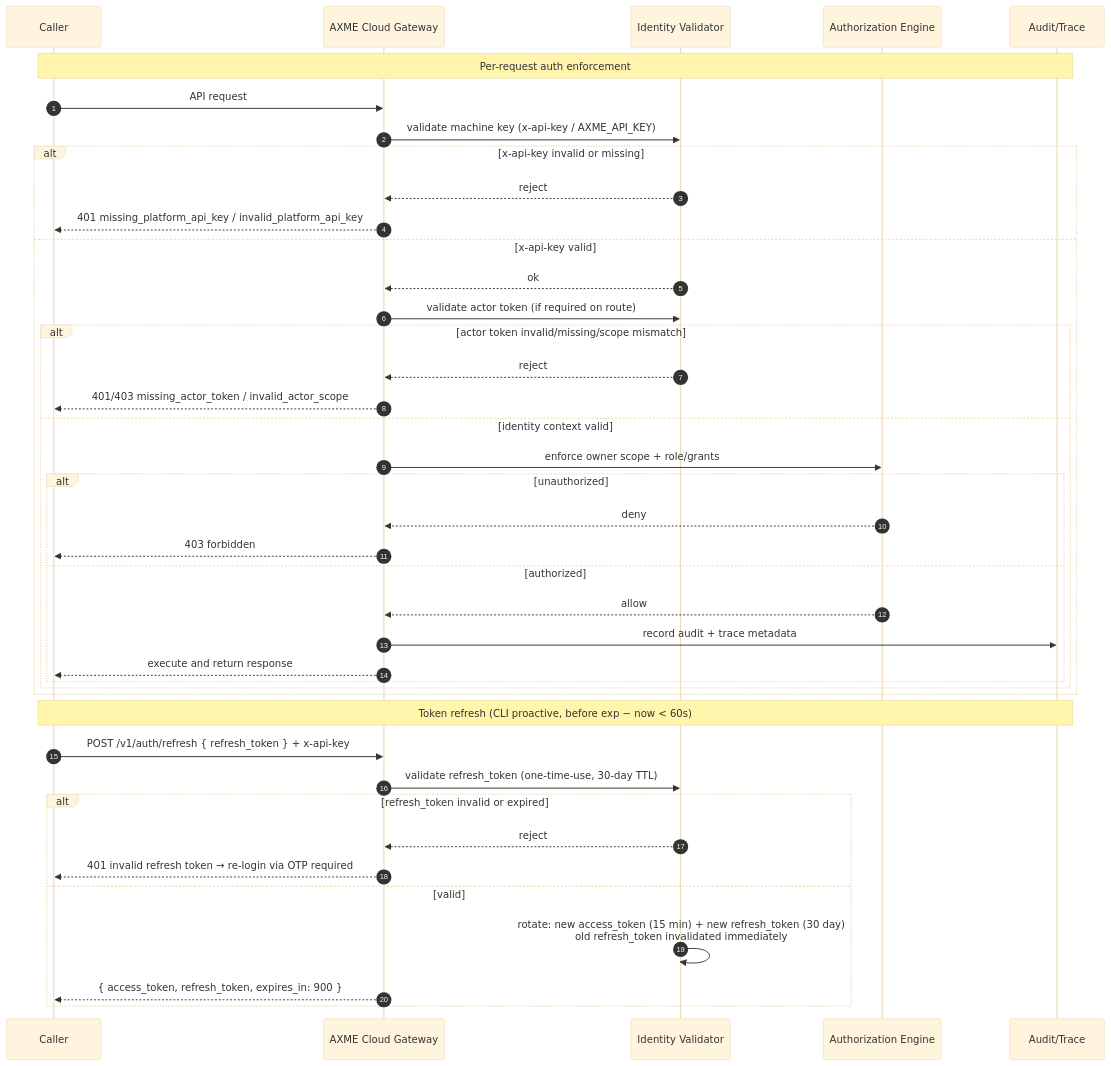
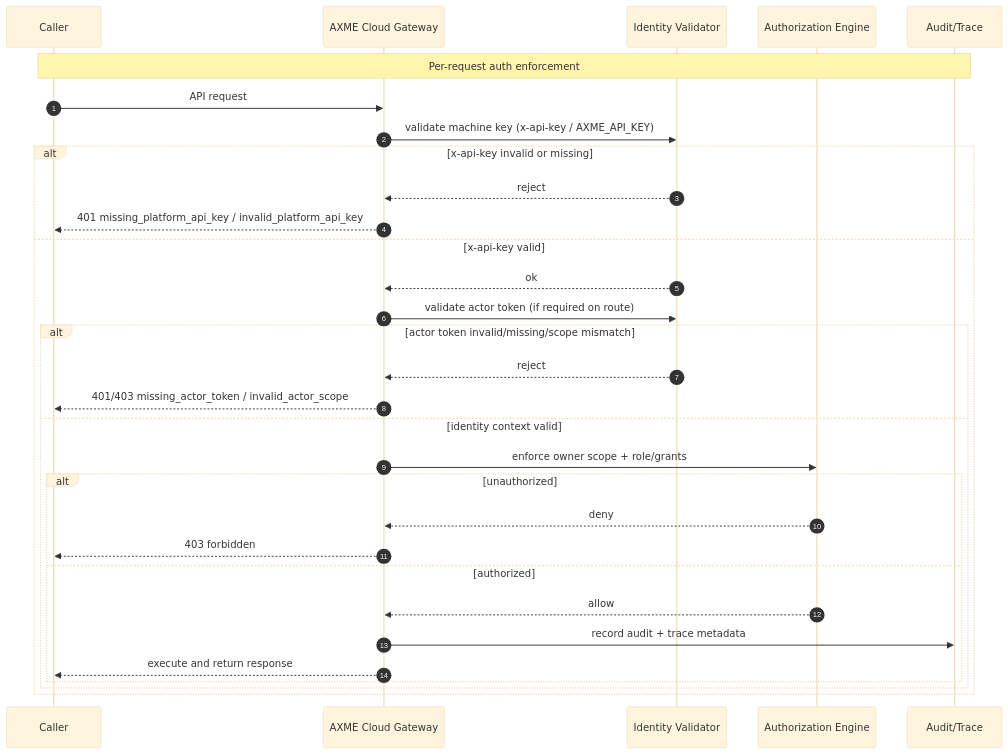
The diagram in docs/diagrams/security/01-authn-authz-enforcement-flow.mmd (AxmeAI/axme-docs), drawn with Mermaid (base theme) before and after one commit. The commit also changed 8 other files, not shown here.

First line of the commit message:
refactor(diagrams): split 01-authn-authz into per-request and token-refresh (#45)

```diff
--- a/docs/diagrams/security/01-authn-authz-enforcement-flow.mmd
+++ b/docs/diagrams/security/01-authn-authz-enforcement-flow.mmd
@@ -1,45 +1,33 @@
 sequenceDiagram
     autonumber
     participant C as Caller
     participant G as AXME Cloud Gateway
     participant I as Identity Validator
     participant Z as Authorization Engine
     participant A as Audit/Trace
 
     Note over C,A: Per-request auth enforcement
 
     C->>G: API request
     G->>I: validate machine key (x-api-key / AXME_API_KEY)
     alt x-api-key invalid or missing
         I-->>G: reject
         G-->>C: 401 missing_platform_api_key / invalid_platform_api_key
     else x-api-key valid
         I-->>G: ok
         G->>I: validate actor token (if required on route)
         alt actor token invalid/missing/scope mismatch
             I-->>G: reject
             G-->>C: 401/403 missing_actor_token / invalid_actor_scope
         else identity context valid
             G->>Z: enforce owner scope + role/grants
             alt unauthorized
                 Z-->>G: deny
                 G-->>C: 403 forbidden
             else authorized
                 Z-->>G: allow
                 G->>A: record audit + trace metadata
                 G-->>C: execute and return response
             end
         end
     end
-
-    Note over C,A: Token refresh (CLI proactive, before exp − now < 60s)
-
-    C->>G: POST /v1/auth/refresh { refresh_token } + x-api-key
-    G->>I: validate refresh_token (one-time-use, 30-day TTL)
-    alt refresh_token invalid or expired
-        I-->>G: reject
-        G-->>C: 401 invalid refresh token → re-login via OTP required
-    else valid
-        I->>I: rotate: new access_token (15 min) + new refresh_token (30 day)<br/>old refresh_token invalidated immediately
-        G-->>C: { access_token, refresh_token, expires_in: 900 }
-    end
```
